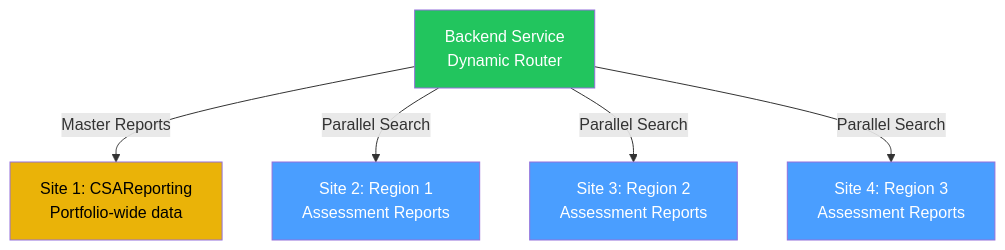
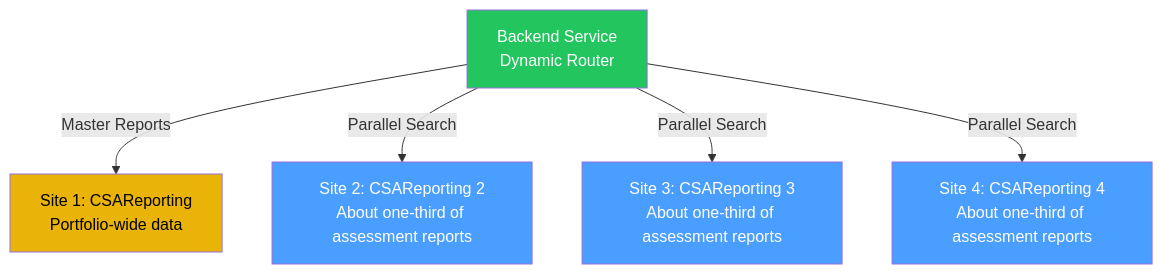
The eighth of 8 diagrams in README.md (sKumaraguru/apptio-bobathon-2026-finbob-mcp-server), drawn with Mermaid before and after one commit. The commit also changed other lines of this file, not shown here.

````diff
--- a/README.md
+++ b/README.md
@@ -302,15 +354,15 @@
 ```mermaid
 graph TB
     BE[Backend Service<br/>Dynamic Router]
 
     BE -->|Master Reports| S1[Site 1: CSAReporting<br/>Portfolio-wide data]
-    BE -->|Parallel Search| S2[Site 2: Region 1<br/>Assessment Reports]
-    BE -->|Parallel Search| S3[Site 3: Region 2<br/>Assessment Reports]
-    BE -->|Parallel Search| S4[Site 4: Region 3<br/>Assessment Reports]
+    BE -->|Parallel Search| S2[Site 2: CSAReporting 2<br/>About one-third of assessment reports]
+    BE -->|Parallel Search| S3[Site 3: CSAReporting 3<br/>About one-third of assessment reports]
+    BE -->|Parallel Search| S4[Site 4: CSAReporting 4<br/>About one-third of assessment reports]
 
     style BE fill:#22c55e,color:#fff
     style S1 fill:#eab308,color:#000
     style S2 fill:#4a9eff,color:#fff
     style S3 fill:#4a9eff,color:#fff
     style S4 fill:#4a9eff,color:#fff
 ```
````
